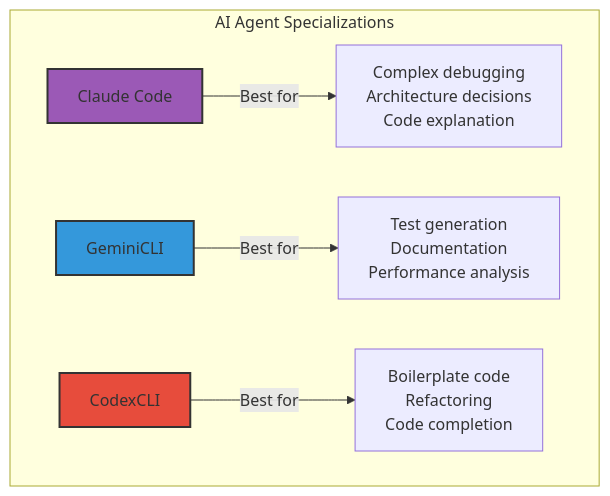
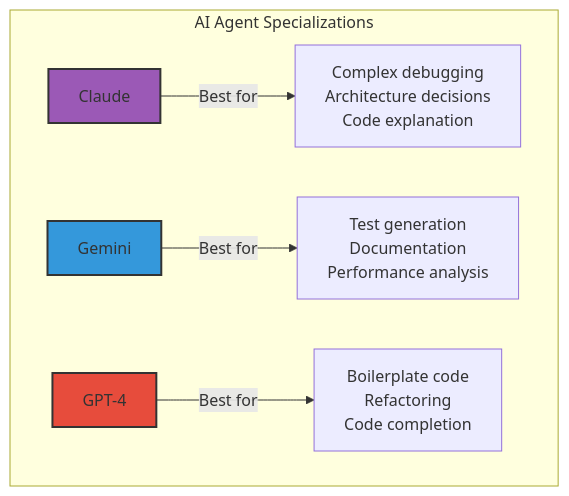
The fifth of 11 diagrams in presenter_guide_ai_dev.md (sonimscmteam/Docs), drawn with Mermaid before and after one commit. The commit also changed other lines of this file and 3 other files, not shown here.

````diff
--- a/presenter_guide_ai_dev.md
+++ b/presenter_guide_ai_dev.md
@@ -239,12 +247,12 @@
 ```mermaid
 graph TB
     subgraph "AI Agent Specializations"
-        A[Claude Code] -->|Best for| B[Complex debugging<br/>Architecture decisions<br/>Code explanation]
-        C[GeminiCLI] -->|Best for| D[Test generation<br/>Documentation<br/>Performance analysis]
-        E[CodexCLI] -->|Best for| F[Boilerplate code<br/>Refactoring<br/>Code completion]
+        A[Claude] -->|Best for| B[Complex debugging<br/>Architecture decisions<br/>Code explanation]
+        C[Gemini] -->|Best for| D[Test generation<br/>Documentation<br/>Performance analysis]
+        E[GPT-4] -->|Best for| F[Boilerplate code<br/>Refactoring<br/>Code completion]
     end
     
     style A fill:#9b59b6,stroke:#333,stroke-width:2px
     style C fill:#3498db,stroke:#333,stroke-width:2px
     style E fill:#e74c3c,stroke:#333,stroke-width:2px
 ```
````
